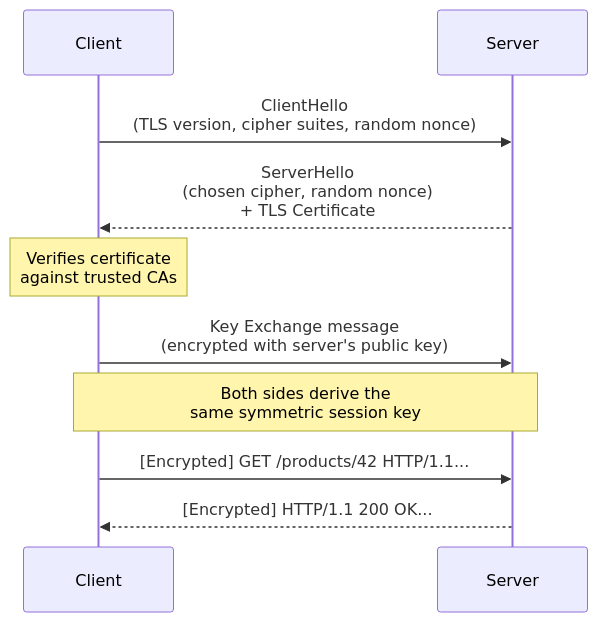
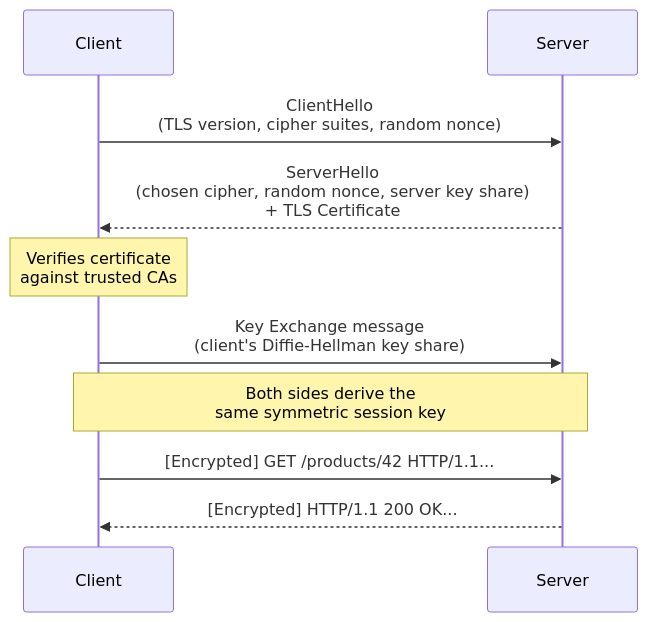
Before and after one commit to Ankan1998/learn-system-design: the third of 4 diagrams in Level-00-Foundations/06-HTTP-and-HTTPS/README.md, drawn with Mermaid. The commit also changed other lines of this file and 139 other files, not shown here.

````diff
--- a/Level-00-Foundations/06-HTTP-and-HTTPS/README.md
+++ b/Level-00-Foundations/06-HTTP-and-HTTPS/README.md
@@ -199,17 +201,17 @@
 ```mermaid
 sequenceDiagram
     participant C as Client
     participant S as Server
 
     C->>S: ClientHello<br/>(TLS version, cipher suites, random nonce)
-    S-->>C: ServerHello<br/>(chosen cipher, random nonce)<br/>+ TLS Certificate
+    S-->>C: ServerHello<br/>(chosen cipher, random nonce, server key share)<br/>+ TLS Certificate
 
     Note over C: Verifies certificate<br/>against trusted CAs
 
-    C->>S: Key Exchange message<br/>(encrypted with server's public key)
+    C->>S: Key Exchange message<br/>(client's Diffie-Hellman key share)
 
     Note over C,S: Both sides derive the<br/>same symmetric session key
 
     C->>S: [Encrypted] GET /products/42 HTTP/1.1...
     S-->>C: [Encrypted] HTTP/1.1 200 OK...
 ```
````
